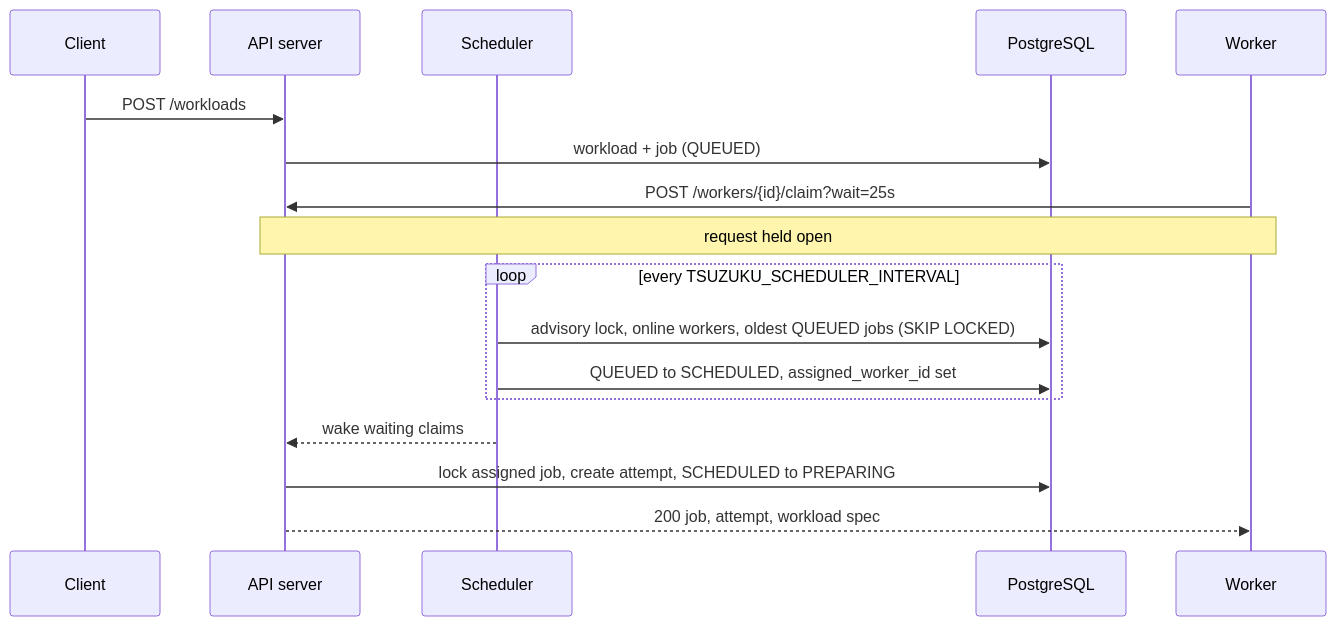
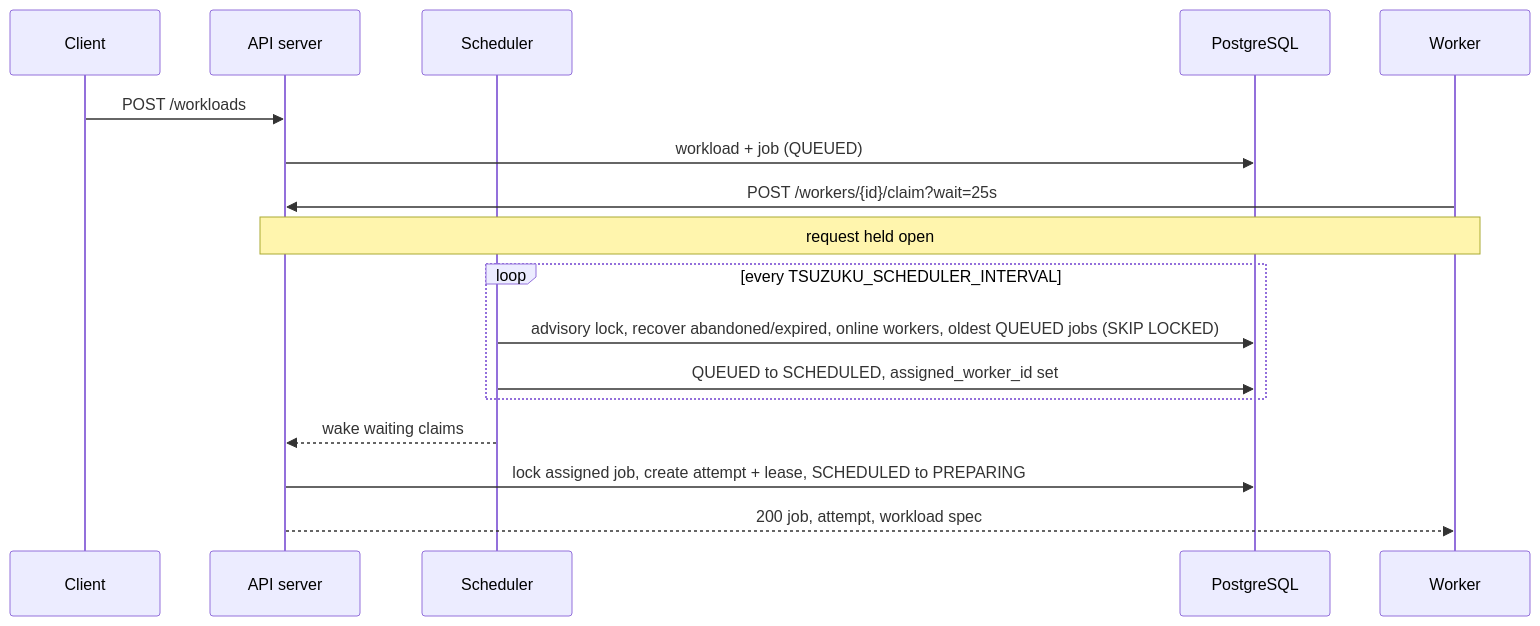
The third of 7 diagrams in docs/architecture.md (Khantdotcom/Tsuzuku-Runner), drawn with Mermaid before and after one commit. The commit also changed other lines of this file and 26 other files, not shown here.

Commit message:
Add job leases and scheduler recovery for abandoned work

````diff
--- a/docs/architecture.md
+++ b/docs/architecture.md
@@ -138,19 +142,19 @@
 ```mermaid
 sequenceDiagram
     participant C as Client
     participant A as API server
     participant S as Scheduler
     participant DB as PostgreSQL
     participant W as Worker
     C->>A: POST /workloads
     A->>DB: workload + job (QUEUED)
     W->>A: POST /workers/{id}/claim?wait=25s
     Note over A,W: request held open
     loop every TSUZUKU_SCHEDULER_INTERVAL
-        S->>DB: advisory lock, online workers, oldest QUEUED jobs (SKIP LOCKED)
+        S->>DB: advisory lock, recover abandoned/expired, online workers, oldest QUEUED jobs (SKIP LOCKED)
         S->>DB: QUEUED to SCHEDULED, assigned_worker_id set
     end
     S-->>A: wake waiting claims
-    A->>DB: lock assigned job, create attempt, SCHEDULED to PREPARING
+    A->>DB: lock assigned job, create attempt + lease, SCHEDULED to PREPARING
     A-->>W: 200 job, attempt, workload spec
 ```
````
